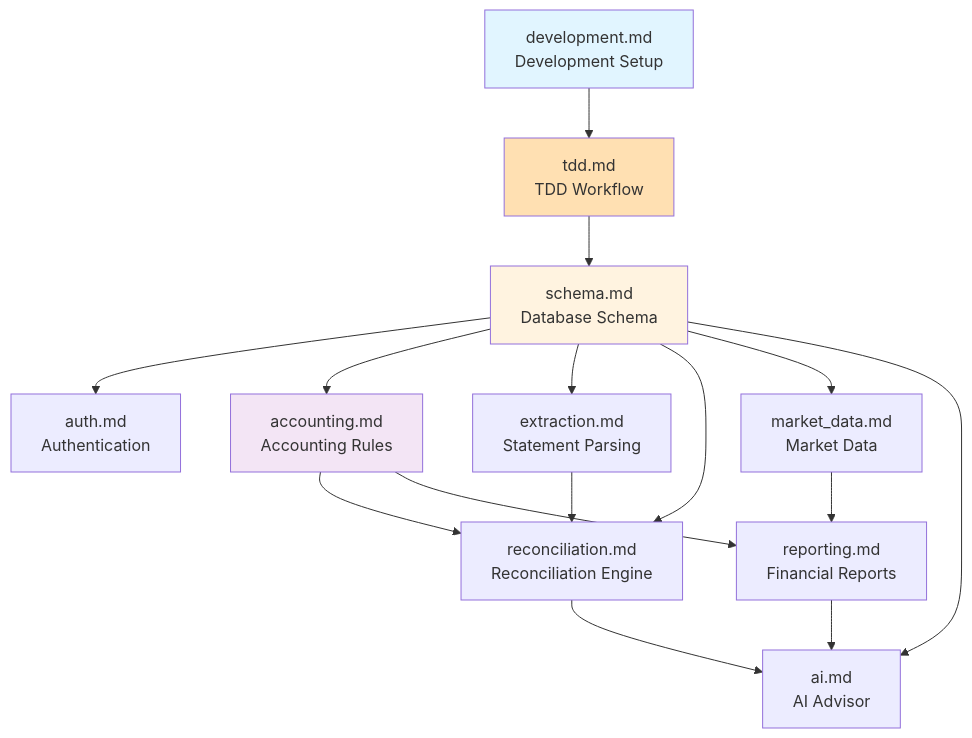
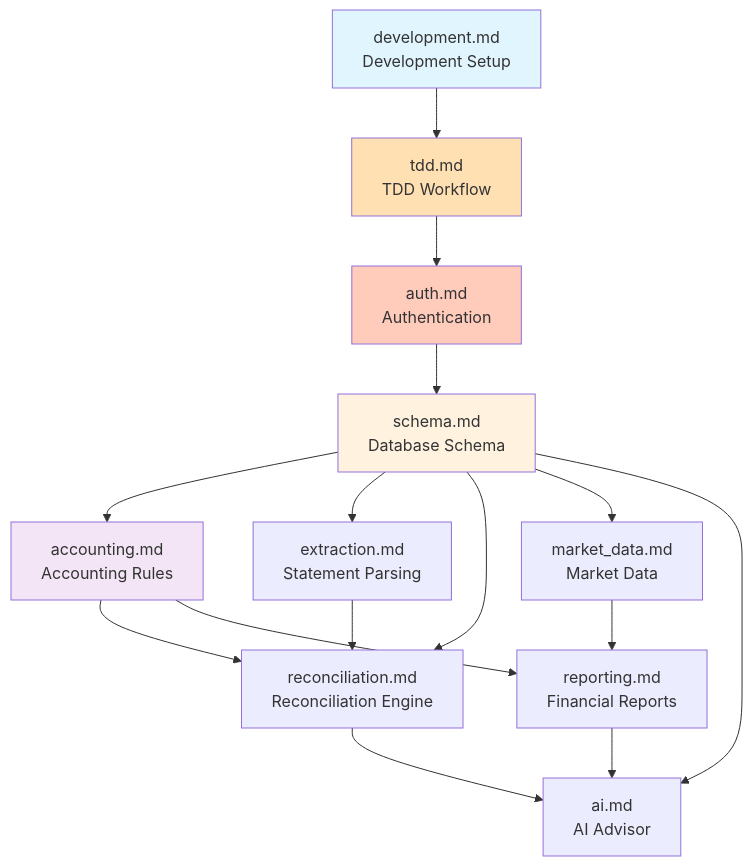
One commit to wangzitian0/finance_report changed the diagram in docs/ssot/README.md. Above: the diagram before and after it, drawn with Mermaid. The commit also changed other lines of this file and 4 other files, not shown here.

````diff
--- a/docs/ssot/README.md
+++ b/docs/ssot/README.md
@@ -57,23 +57,24 @@
 ```mermaid
 flowchart TD
     development[development.md<br/>Development Setup] --> tdd[tdd.md<br/>TDD Workflow]
-    tdd --> schema[schema.md<br/>Database Schema]
-    schema --> auth[auth.md<br/>Authentication]
+    tdd --> auth[auth.md<br/>Authentication]
+    auth --> schema[schema.md<br/>Database Schema]
     schema --> accounting[accounting.md<br/>Accounting Rules]
     schema --> extraction[extraction.md<br/>Statement Parsing]
     schema --> reconciliation[reconciliation.md<br/>Reconciliation Engine]
     schema --> market_data[market_data.md<br/>Market Data]
     schema --> ai[ai.md<br/>AI Advisor]
     
     extraction --> reconciliation
     accounting --> reconciliation
     accounting --> reporting[reporting.md<br/>Financial Reports]
     market_data --> reporting
     reporting --> ai
     reconciliation --> ai
     
     style development fill:#e1f5ff
     style tdd fill:#ffe0b2
+    style auth fill:#ffccbc
     style schema fill:#fff3e0
     style accounting fill:#f3e5f5
 ```
````
